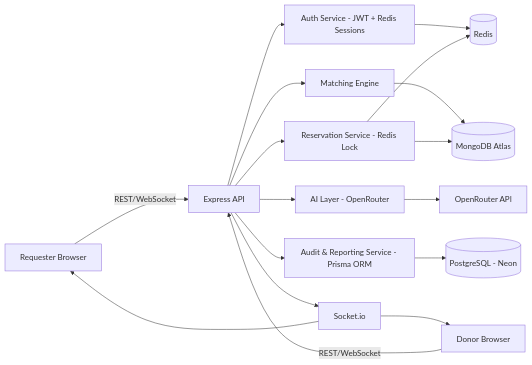
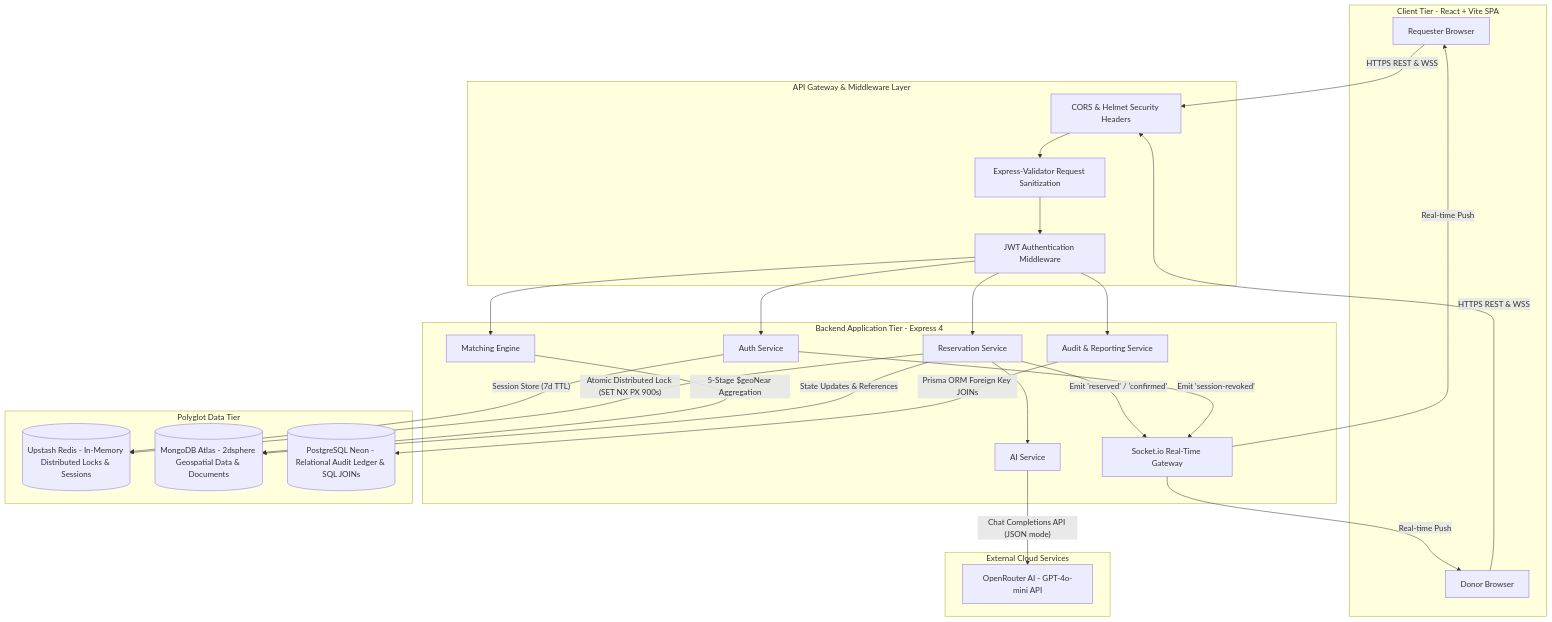
Before and after one commit to MayankSharma-2812/Lifeline: the diagram in docs/HLD.md, drawn with Mermaid. The commit also changed other lines of this file and 2 other files, not shown here.

Commit message:
docs: update PRD, HLD, and LLD with exhaustive architecture, schemas, and concept mappings

````diff
--- a/docs/HLD.md
+++ b/docs/HLD.md
@@ -5,19 +12,60 @@
 ```mermaid
-flowchart LR
-    U[Requester Browser] -- REST/WebSocket --> API[Express API]
-    D[Donor Browser] -- REST/WebSocket --> API
-    API --> AUTH[Auth Service - JWT + Redis Sessions]
-    API --> MATCH[Matching Engine]
-    API --> RES[Reservation Service - Redis Lock]
-    API --> AI[AI Layer - OpenRouter]
-    API --> AUDIT[Audit & Reporting Service - Prisma ORM]
-    AUTH --> REDIS[(Redis)]
-    RES --> REDIS
-    MATCH --> DB[(MongoDB Atlas)]
-    RES --> DB
-    AUDIT --> PG[(PostgreSQL - Neon)]
-    API --> WS[Socket.io]
-    WS --> U
-    WS --> D
-    AI --> OR[OpenRouter API]
+flowchart TB
+    subgraph Client Tier [Client Tier - React + Vite SPA]
+        U[Requester Browser]
+        D[Donor Browser]
+    end
+
+    subgraph Gateway [API Gateway & Middleware Layer]
+        CORS[CORS & Helmet Security Headers]
+        AUTH_MID[JWT Authentication Middleware]
+        VAL[Express-Validator Request Sanitization]
+    end
+
+    subgraph Application Tier [Backend Application Tier - Express 4]
+        AUTH_SVC[Auth Service]
+        MATCH_SVC[Matching Engine]
+        RES_SVC[Reservation Service]
+        AI_SVC[AI Service]
+        AUDIT_SVC[Audit & Reporting Service]
+        WS_GATEWAY[Socket.io Real-Time Gateway]
+    end
+
+    subgraph Data Tier [Polyglot Data Tier]
+        REDIS[(Upstash Redis - In-Memory Distributed Locks & Sessions)]
+        MONGO[(MongoDB Atlas - 2dsphere Geospatial Data & Documents)]
+        POSTGRES[(PostgreSQL Neon - Relational Audit Ledger & SQL JOINs)]
+    end
+
+    subgraph External Services [External Cloud Services]
+        OPENROUTER[OpenRouter AI - GPT-4o-mini API]
+    end
+
+    %% Client Connections
+    U -- "HTTPS REST & WSS" --> CORS
+    D -- "HTTPS REST & WSS" --> CORS
+    CORS --> VAL --> AUTH_MID
+
+    %% Routing to Services
+    AUTH_MID --> AUTH_SVC
+    AUTH_MID --> MATCH_SVC
+    AUTH_MID --> RES_SVC
+    AUTH_MID --> AUDIT_SVC
+    RES_SVC --> AI_SVC
+
+    %% Service to Storage
+    AUTH_SVC -- "Session Store (7d TTL)" --> REDIS
+    RES_SVC -- "Atomic Distributed Lock (SET NX PX 900s)" --> REDIS
+    MATCH_SVC -- "5-Stage $geoNear Aggregation" --> MONGO
+    RES_SVC -- "State Updates & References" --> MONGO
+    AUDIT_SVC -- "Prisma ORM Foreign Key JOINs" --> POSTGRES
+    
+    %% AI Connection
+    AI_SVC -- "Chat Completions API (JSON mode)" --> OPENROUTER
+    
+    %% WebSocket Push
+    RES_SVC -- "Emit 'reserved' / 'confirmed'" --> WS_GATEWAY
+    AUTH_SVC -- "Emit 'session-revoked'" --> WS_GATEWAY
+    WS_GATEWAY -- "Real-time Push" --> U
+    WS_GATEWAY -- "Real-time Push" --> D
 ```
````
